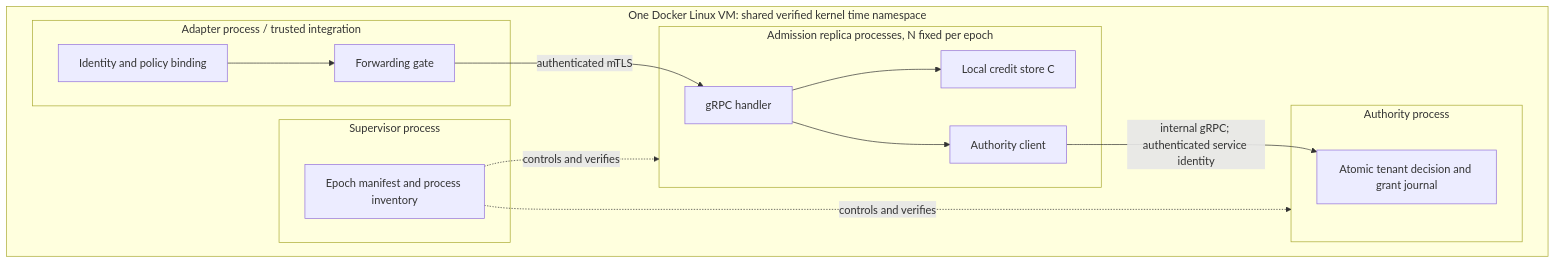
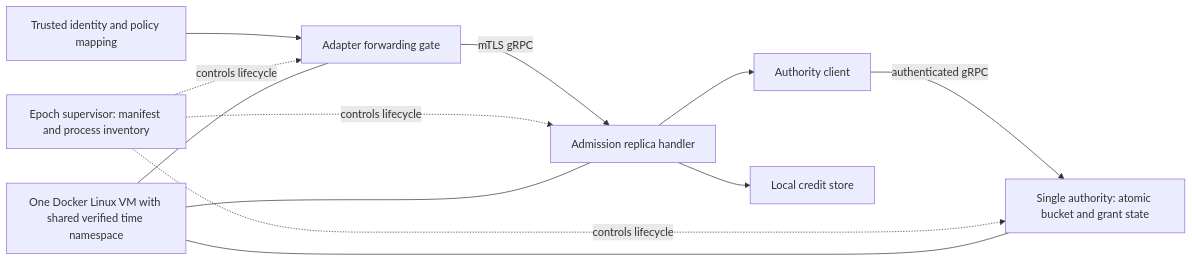
The second of 4 diagrams in docs/HLD.md (kshiteesh28/DistributedRateGuard), drawn with Mermaid before and after one commit.

Commit message:
docs: simplify HLD Mermaid component diagram

````diff
--- a/docs/HLD.md
+++ b/docs/HLD.md
@@ -39,22 +39,14 @@
 ```mermaid
-flowchart TB
- subgraph VM["One Docker Linux VM: shared verified kernel time namespace"]
-  subgraph AD["Adapter process / trusted integration"]
-   I[Identity and policy binding] --> F[Forwarding gate]
-  end
-  subgraph RP["Admission replica processes, N fixed per epoch"]
-   G[gRPC handler] --> L[Local credit store C]
-   G --> C[Authority client]
-  end
-  subgraph AU["Authority process"]
-   X[Atomic tenant decision and grant journal]
-  end
-  subgraph SU["Supervisor process"]
-   M[Epoch manifest and process inventory]
-  end
- end
- F -->|authenticated mTLS| G
- C -->|internal gRPC; authenticated service identity| X
- M -. controls and verifies .-> RP
- M -. controls and verifies .-> AU
+flowchart LR
+  I[Trusted identity and policy mapping] --> F[Adapter forwarding gate]
+  F -->|mTLS gRPC| G[Admission replica handler]
+  G --> C[Authority client]
+  G --> L[Local credit store]
+  C -->|authenticated gRPC| X[Single authority: atomic bucket and grant state]
+  M[Epoch supervisor: manifest and process inventory] -. controls lifecycle .-> G
+  M -. controls lifecycle .-> X
+  M -. controls lifecycle .-> F
+  VM[One Docker Linux VM with shared verified time namespace] --- G
+  VM --- X
+  VM --- F
 ```
````
